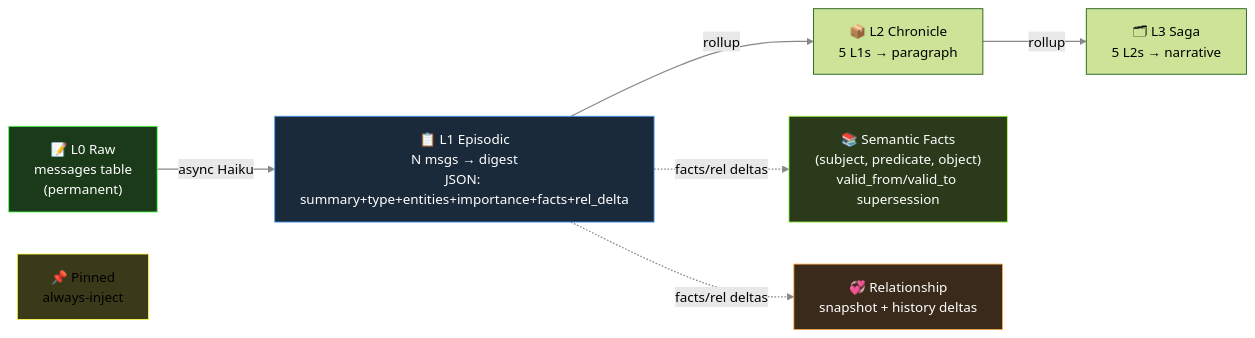
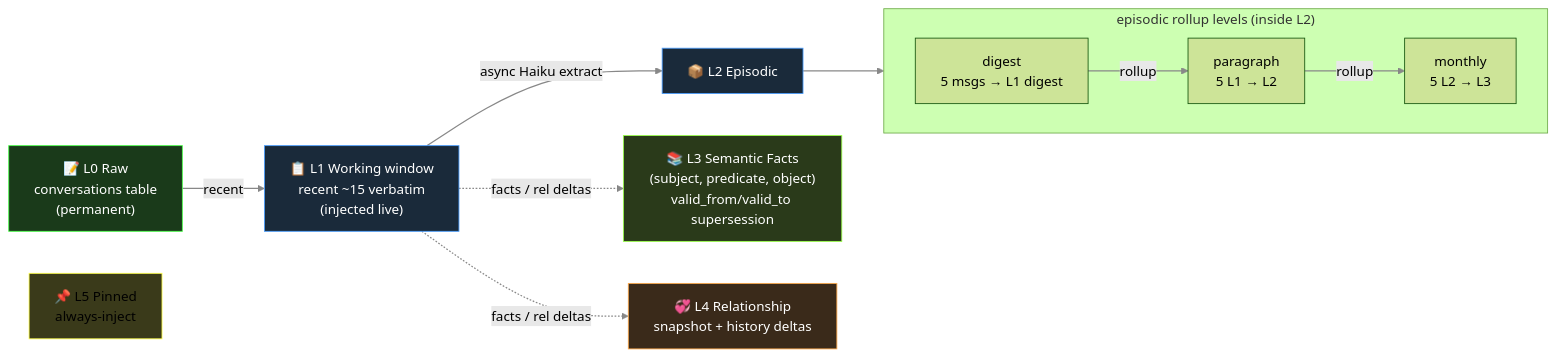
One commit to je-empty/Glimi changed the second of 3 diagrams in README.md. Above: the diagram before and after it, drawn with Mermaid (forest theme). The commit also changed other lines of this file, not shown here.

````diff
--- a/README.md
+++ b/README.md
@@ -166,22 +166,30 @@
 ```mermaid
 graph LR
     linkStyle default stroke:#888,stroke-width:1.5px
-    L0["📝 L0 Raw\nmessages table\n(permanent)"]
-    L1["📋 L1 Episodic\nN msgs → digest\nJSON: summary+type+entities+importance+facts+rel_delta"]
-    L2["📦 L2 Chronicle\n5 L1s → paragraph"]
-    L3["🗂 L3 Saga\n5 L2s → narrative"]
-    Facts["📚 Semantic Facts\n(subject, predicate, object)\nvalid_from/valid_to supersession"]
-    Rel["💞 Relationship\nsnapshot + history deltas"]
-    Pin["📌 Pinned\nalways-inject"]
+    L0["📝 L0 Raw\nconversations table\n(permanent)"]
+    L1["📋 L1 Working window\nrecent ~15 verbatim\n(injected live)"]
+    L2["📦 L2 Episodic"]
+    Facts["📚 L3 Semantic Facts\n(subject, predicate, object)\nvalid_from/valid_to supersession"]
+    Rel["💞 L4 Relationship\nsnapshot + history deltas"]
+    Pin["📌 L5 Pinned\nalways-inject"]
 
-    L0 -->|"async Haiku"| L1
-    L1 -->|"rollup"| L2
-    L2 -->|"rollup"| L3
-    L1 -.->|"facts/rel deltas"| Facts & Rel
+    subgraph Rollup["episodic rollup levels (inside L2)"]
+        direction LR
+        E1["digest\n5 msgs → L1 digest"]
+        E2["paragraph\n5 L1 → L2"]
+        E3["monthly\n5 L2 → L3"]
+        E1 -->|"rollup"| E2 -->|"rollup"| E3
+    end
+
+    L0 -->|"recent"| L1
+    L1 -->|"async Haiku extract"| L2
+    L2 --> Rollup
+    L1 -.->|"facts / rel deltas"| Facts & Rel
 
     style L0 fill:#1a3a1a,stroke:#4aff4a,color:#fff
     style L1 fill:#1a2a3a,stroke:#4a9eff,color:#fff
+    style L2 fill:#1a2a3a,stroke:#4a9eff,color:#fff
     style Facts fill:#2a3a1a,stroke:#9aff4a,color:#fff
     style Rel fill:#3a2a1a,stroke:#ffaa4a,color:#fff
     style Pin fill:#3a3a1a,stroke:#ffff4a,color:#000
 ```
````
